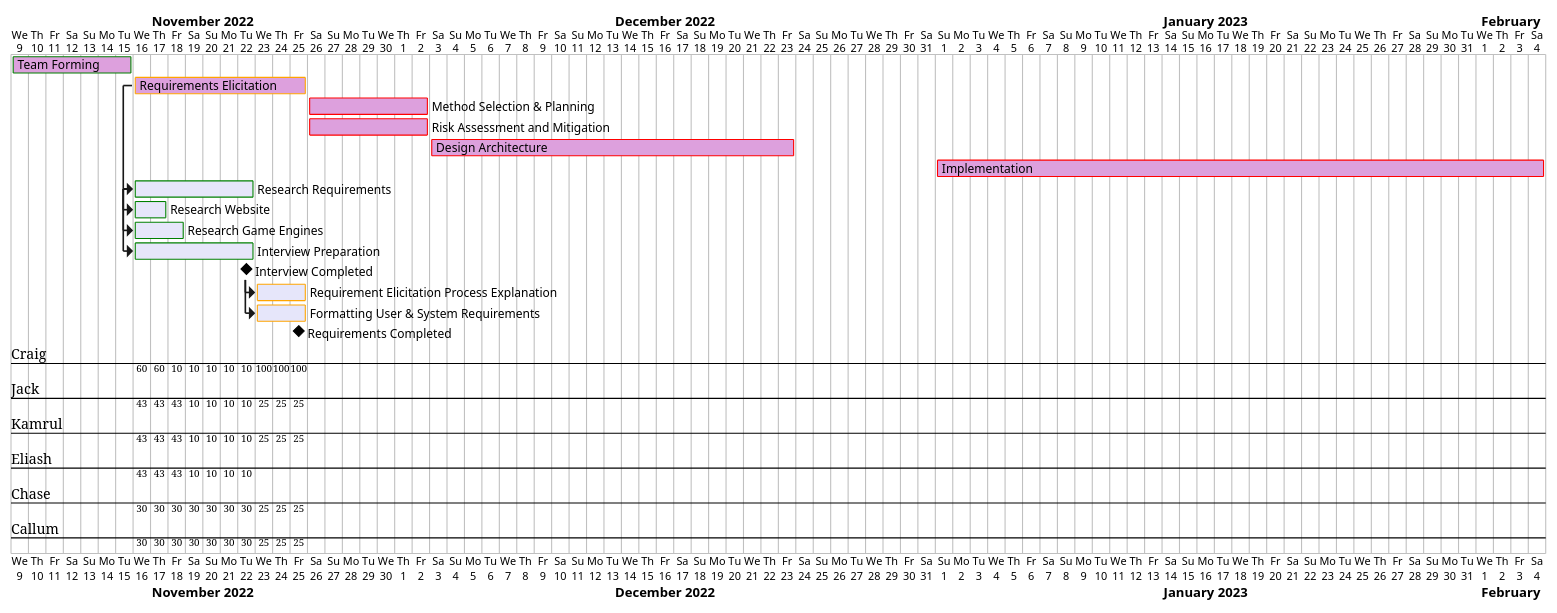
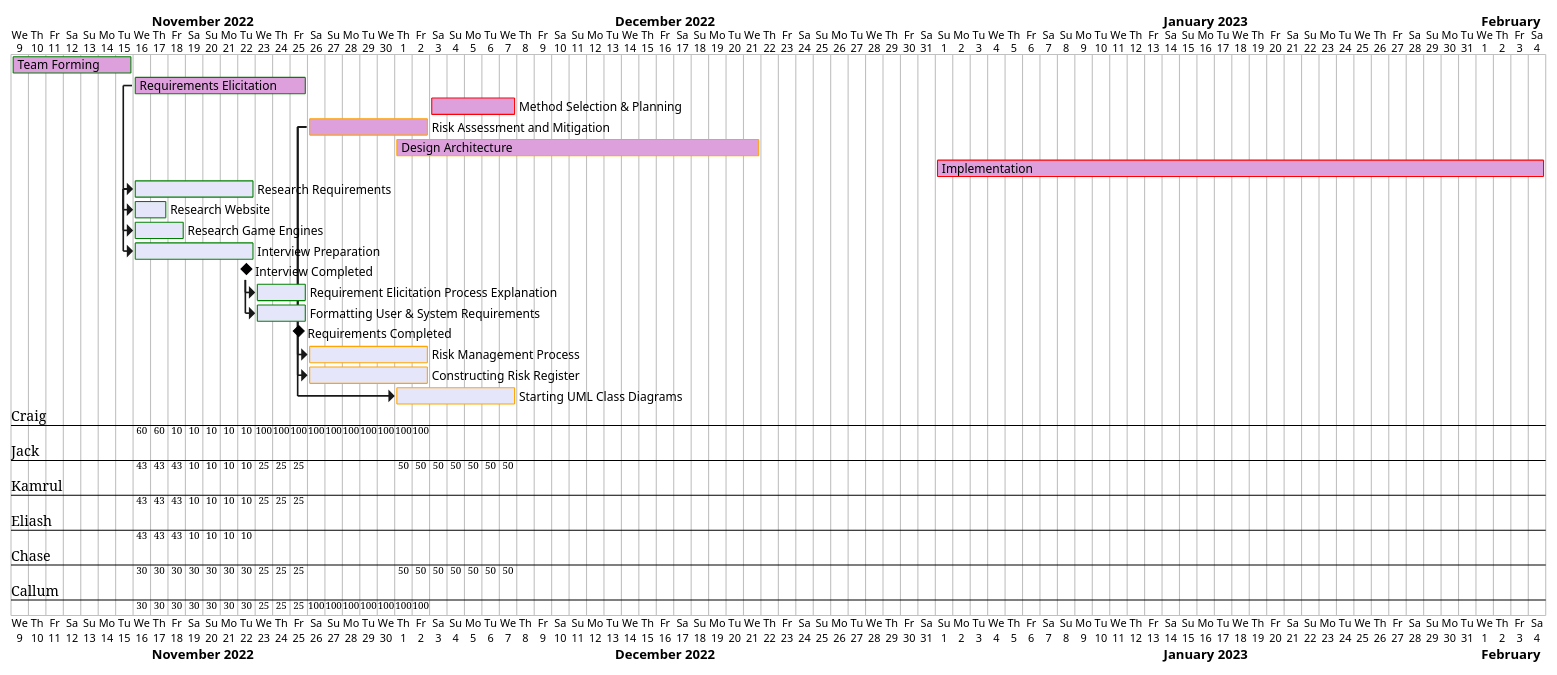
Before and after one commit to Runtime-Terrors-Team-5/UML-Diagrams: the diagram in Weekly Gantt/Gantt W10.wsd, drawn with PlantUML. The commit also changed 1 other file, not shown here.

Commit message:
Week 10 Gantt Update
Slightly late update but now have accounted for the beginning of class diagram forming and risk assessment considerations.

```diff
--- a/Weekly Gantt/Gantt W10.wsd
+++ b/Weekly Gantt/Gantt W10.wsd
@@ -2,31 +2,38 @@
 @startgantt
 hide ressources names
 'Main Goals
 [Team Forming] lasts 7 days and is colored in Plum/Green
-[Requirements Elicitation] lasts 10 days and is colored in Plum/Orange
-[Method Selection & Planning] lasts 7 days and is colored in Plum/Red
-[Risk Assessment and Mitigation] lasts 7 days and is colored in Plum/Red
-[Design Architecture] lasts 21 days and is colored in Plum/Red
+[Requirements Elicitation] lasts 10 days and is colored in Plum/Green
+[Method Selection & Planning] lasts 5 days and is colored in Plum/Red
+[Risk Assessment and Mitigation] lasts 7 days and is colored in Plum/Orange
+[Design Architecture] lasts 21 days and is colored in Plum/Orange
 [Implementation] lasts 35 days and is colored in Plum/Red
 Project starts 2022-11-09
 [Team Forming] starts 2022-11-09
 [Requirements Elicitation] starts 2022-11-16
-[Method Selection & Planning] starts 2022-11-26
+[Method Selection & Planning] starts 2022-12-03
 [Risk Assessment and Mitigation] starts 2022-11-26
-[Design Architecture] starts 2022-12-03
+[Design Architecture] starts 2022-12-01
 [Implementation] starts 2023-01-01
 
 'Requirements
 [Research Requirements] lasts 7 days and is colored in Lavender/Green and starts after [Requirements Elicitation]'s start
 [Research Website] on {Craig:50%} lasts 1 days and is colored in Lavender/Green and starts after [Research Requirements]'s start
 [Research Game Engines] on {Jack:33%}{Kamrul:33%}{Eliash:33%} lasts 2 days and is colored in Lavender/Green and starts after [Research Requirements]'s start
 [Interview Preparation] on {Chase:30%}{Callum:30%}{Jack:10%}{Kamrul:10%}{Eliash:10%}{Craig:10%} lasts 7 days and is colored in Lavender/Green and starts after [Research Requirements]’s start
 [Interview Completed] happens at [Interview Preparation]’s end
 
-[Requirement Elicitation Process Explanation] on {Craig:100%} lasts 3 days and is colored in Lavender/Orange and starts after [Interview Completed]'s end
-[Formatting User & System Requirements] on {Callum:25%}{Jack:25%}{Kamrul:25%}{Chase:25%} lasts 3 days and is colored in Lavender/Orange and starts after [Interview Completed]'s end
-
+[Requirement Elicitation Process Explanation] on {Craig:100%} lasts 3 days and is colored in Lavender/Green and starts after [Interview Completed]'s end
+[Formatting User & System Requirements] on {Callum:25%}{Jack:25%}{Kamrul:25%}{Chase:25%} lasts 3 days and is colored in Lavender/Green and starts after [Interview Completed]'s end
 [Requirements Completed] happens at [Formatting User & System Requirements]’s end
 
-'Method 
+'Method Selection & Planning
+
+'Risk Assessment and Mitgation
+[Risk Management Process] on {Callum:50%}{Craig:50%} lasts 7 days and is colored in Lavender/Orange and starts after [Risk Assessment and Mitigation]'s start
+[Constructing Risk Register] on {Callum:50%}{Craig:50%} lasts 7 days and is colored in Lavender/Orange and starts after [Risk Assessment and Mitigation]'s start
+
+'Architecture
+[Starting UML Class Diagrams]  on {Jack:50%}{Chase:50%} lasts 7 days and is colored in Lavender/Orange and starts 5 days after [Risk Assessment and Mitigation]'s start
+
 @endgantt
```
